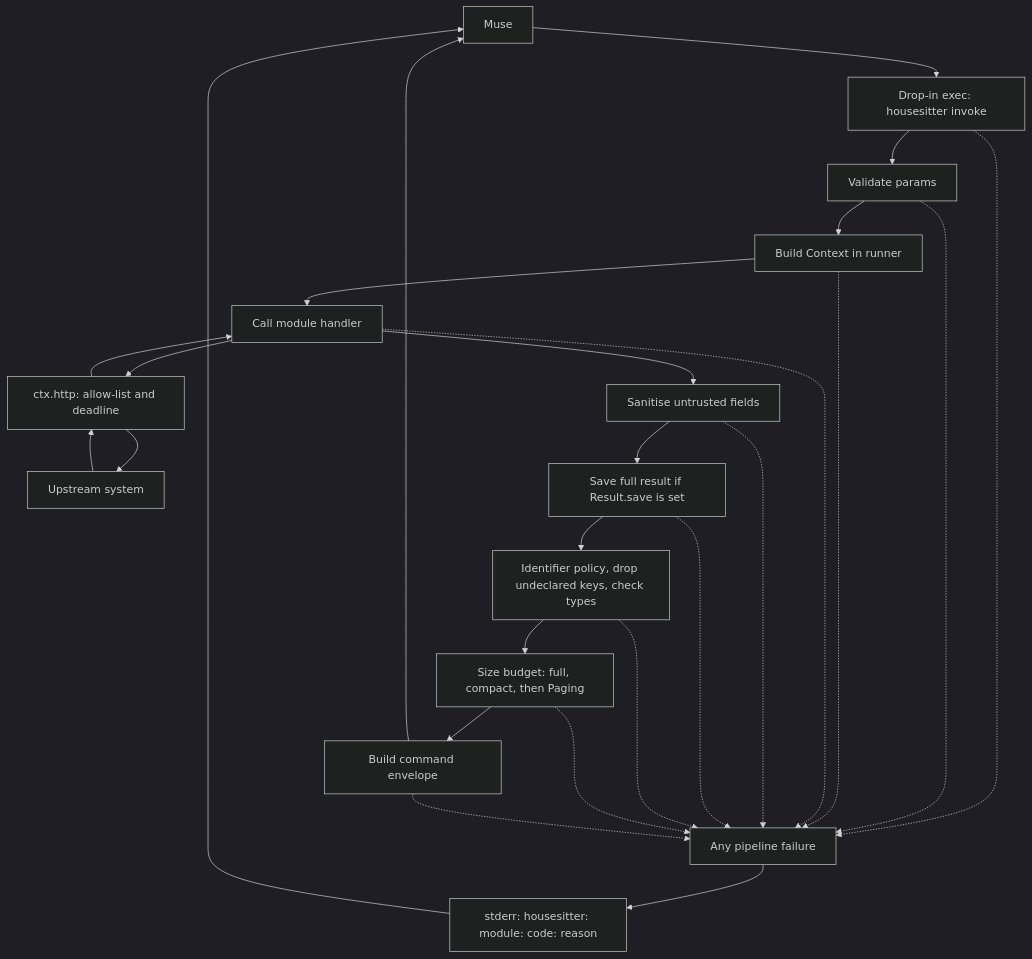
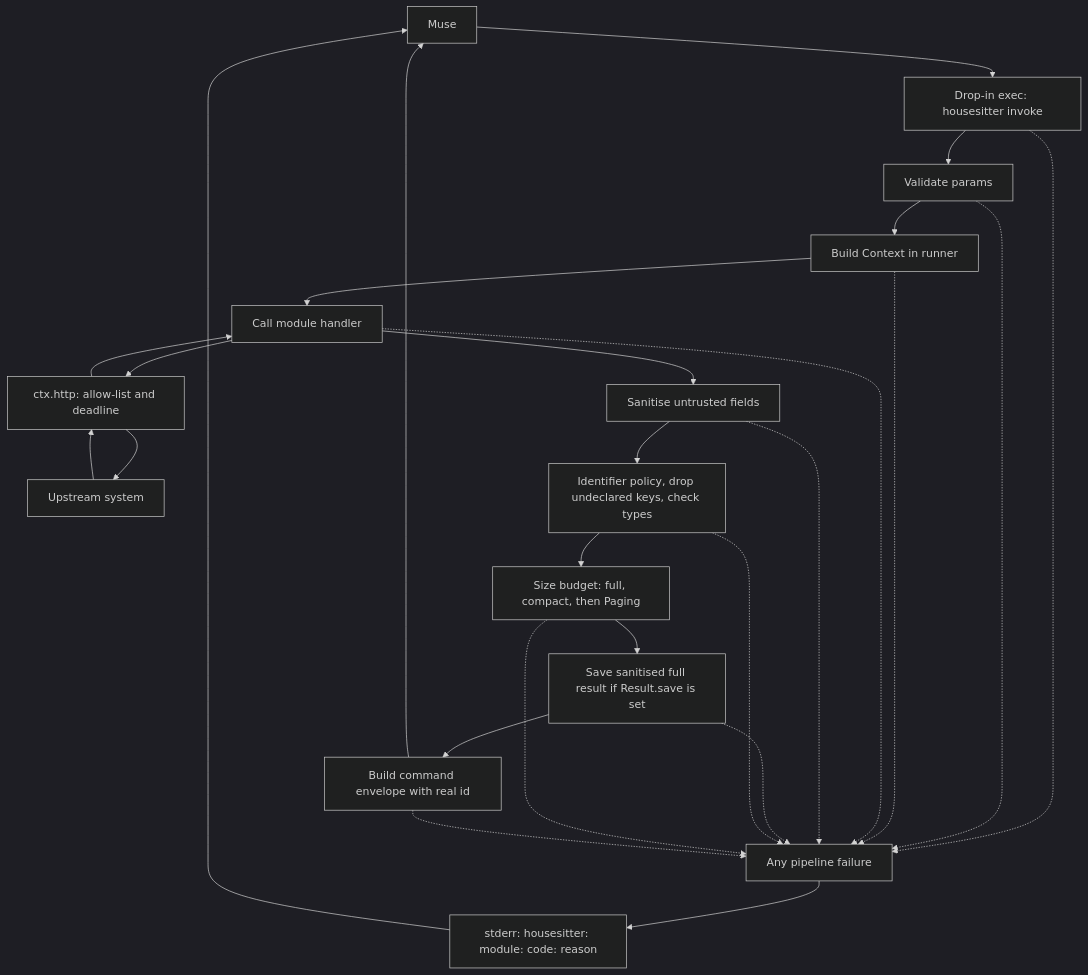
One commit to jonschwenn/Muse-Housesitter changed the second of 2 diagrams in docs/MODULES.md. Above: the diagram before and after it, drawn with Mermaid (dark theme). The commit also changed other lines of this file and 3 other files, not shown here.

````diff
--- a/docs/MODULES.md
+++ b/docs/MODULES.md
@@ -309,28 +333,28 @@
 ```mermaid
 flowchart TD
     M["Muse"] --> D["Drop-in exec: housesitter invoke"]
     D --> V["Validate params"]
     V --> C["Build Context in runner"]
     C --> H["Call module handler"]
     H --> HTTP["ctx.http: allow-list and deadline"]
     HTTP --> U["Upstream system"]
     U --> HTTP
     HTTP --> H
     H --> S["Sanitise untrusted fields"]
-    S --> W["Save full result if Result.save is set"]
-    W --> I["Identifier policy, drop undeclared keys, check types"]
+    S --> I["Identifier policy, drop undeclared keys, check types"]
     I --> B["Size budget: full, compact, then Paging"]
-    B --> E["Build command envelope"]
+    B --> W["Save sanitised full result if Result.save is set"]
+    W --> E["Build command envelope with real id"]
     E --> M
     D -.-> ERR["Any pipeline failure"]
     V -.-> ERR
     C -.-> ERR
     H -.-> ERR
     S -.-> ERR
     W -.-> ERR
     I -.-> ERR
     B -.-> ERR
     E -.-> ERR
     ERR --> LINE["stderr: housesitter: module: code: reason"]
     LINE --> M
 ```
````
